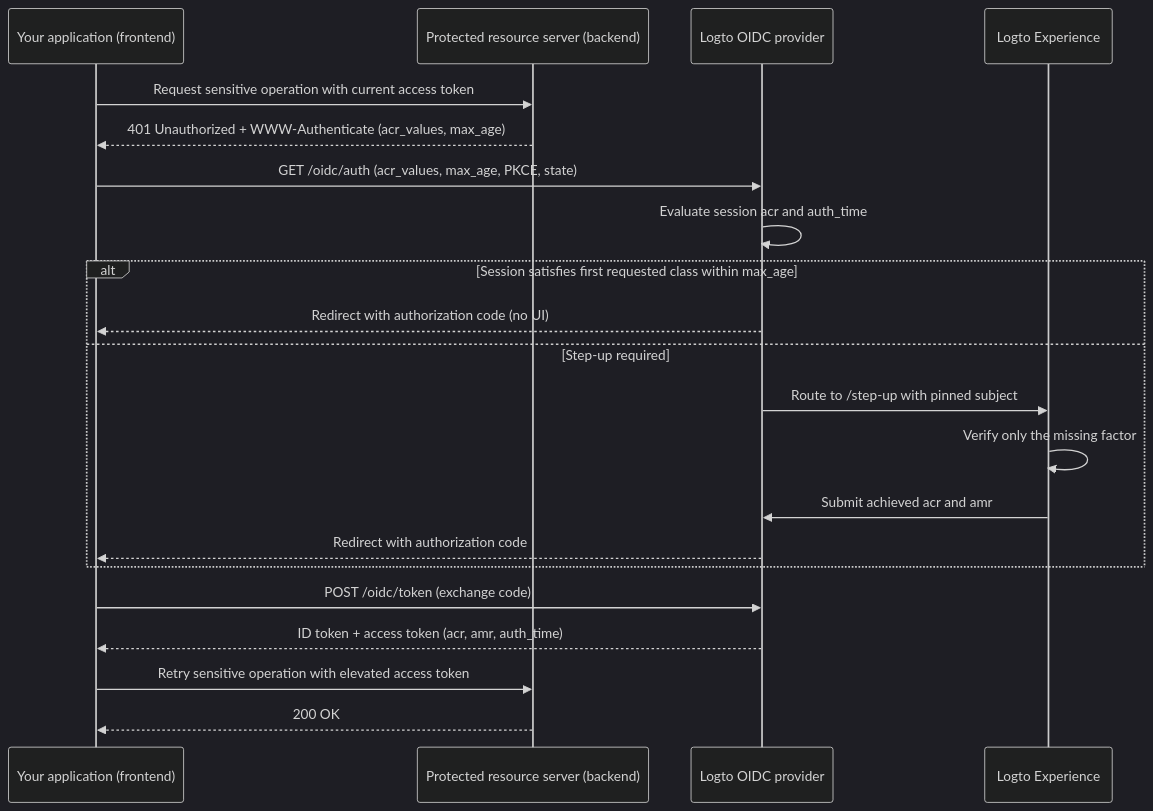
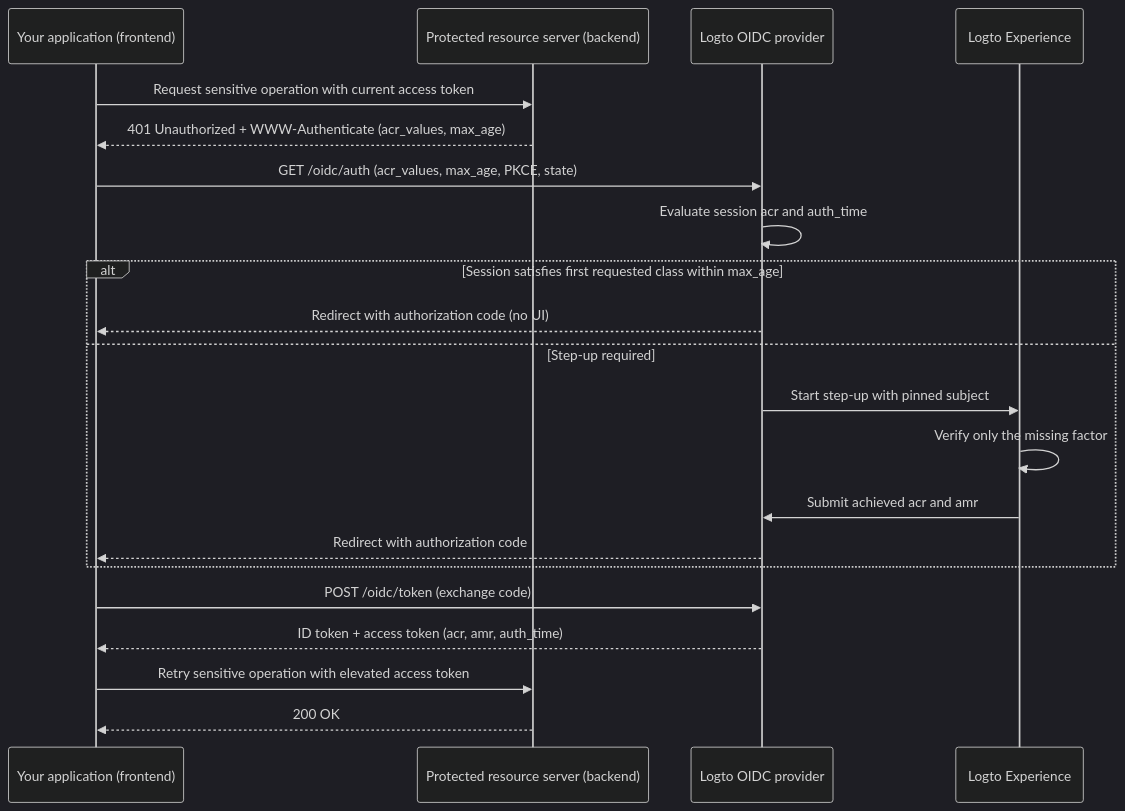
The diagram in docs/end-user-flows/step-up-authentication.mdx (logto-io/docs), drawn with Mermaid (dark theme) before and after one commit. The commit also changed other lines of this file, not shown here.

First line of the commit message:
docs: trim step-up implementation details

````diff
--- a/docs/end-user-flows/step-up-authentication.mdx
+++ b/docs/end-user-flows/step-up-authentication.mdx
@@ -17,24 +17,24 @@
 ```mermaid
 sequenceDiagram
   participant App as Your application (frontend)
   participant API as Protected resource server (backend)
   participant OP as Logto OIDC provider
   participant UX as Logto Experience
 
   App->>API: Request sensitive operation with current access token
   API-->>App: 401 Unauthorized + WWW-Authenticate (acr_values, max_age)
   App->>OP: GET /oidc/auth (acr_values, max_age, PKCE, state)
   OP->>OP: Evaluate session acr and auth_time
   alt Session satisfies first requested class within max_age
     OP-->>App: Redirect with authorization code (no UI)
   else Step-up required
-    OP->>UX: Route to /step-up with pinned subject
+    OP->>UX: Start step-up with pinned subject
     UX->>UX: Verify only the missing factor
     UX->>OP: Submit achieved acr and amr
     OP-->>App: Redirect with authorization code
   end
   App->>OP: POST /oidc/token (exchange code)
   OP-->>App: ID token + access token (acr, amr, auth_time)
   App->>API: Retry sensitive operation with elevated access token
   API-->>App: 200 OK
 ```
````
